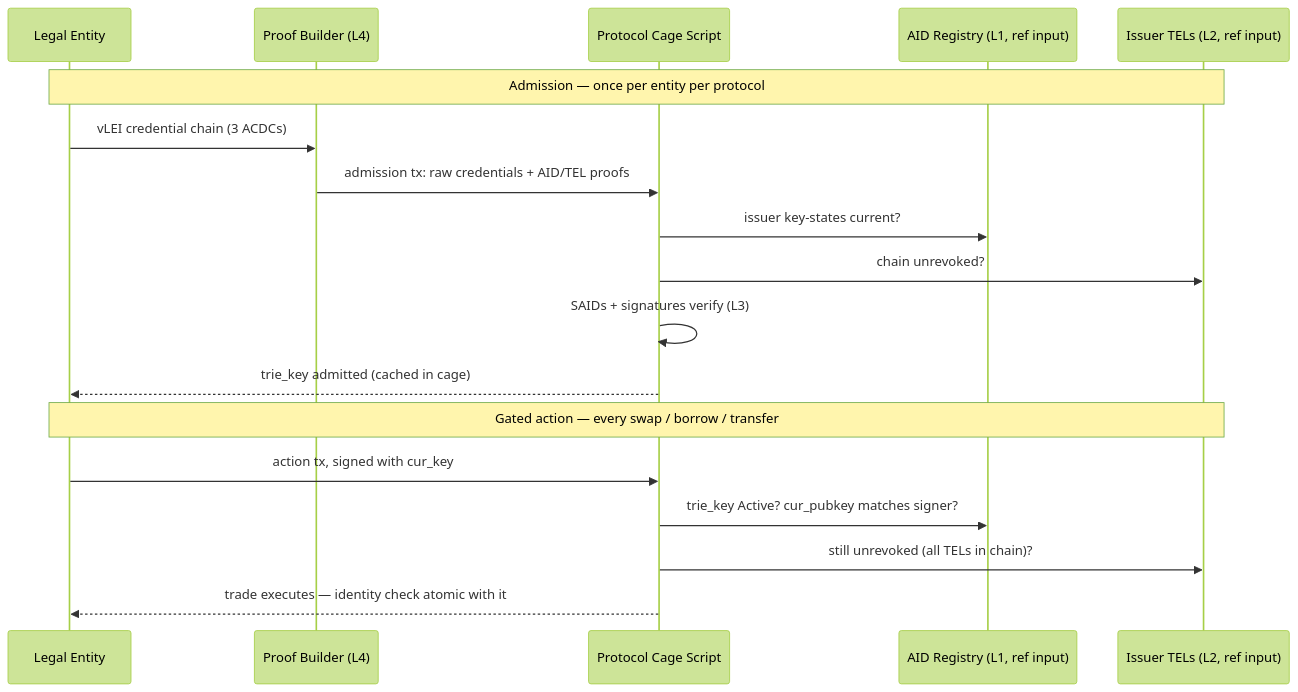
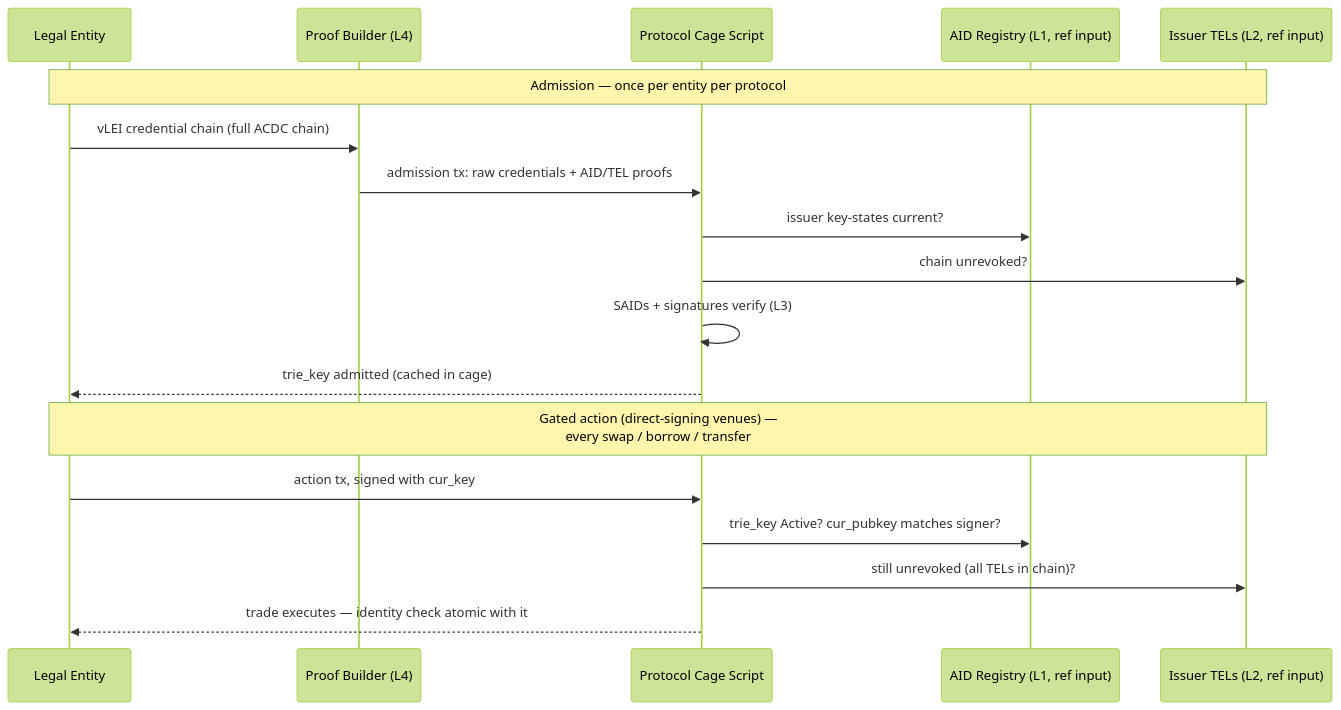
The diagram in docs/design/defi-gate.md (lambdasistemi/cardano-keri), drawn with Mermaid (forest theme) before and after one commit. The commit also changed other lines of this file and 3 other files, not shown here.

First line of the commit message:
docs: correct role-credential hop counting from vLEI schemas

````diff
--- a/docs/design/defi-gate.md
+++ b/docs/design/defi-gate.md
@@ -93,22 +101,22 @@
 ```mermaid
 sequenceDiagram
     participant LE as Legal Entity
     participant PB as Proof Builder (L4)
     participant Cage as Protocol Cage Script
     participant Reg as AID Registry (L1, ref input)
     participant TEL as Issuer TELs (L2, ref input)
 
     Note over LE,TEL: Admission — once per entity per protocol
-    LE->>PB: vLEI credential chain (3 ACDCs)
+    LE->>PB: vLEI credential chain (full ACDC chain)
     PB->>Cage: admission tx: raw credentials + AID/TEL proofs
     Cage->>Reg: issuer key-states current?
     Cage->>TEL: chain unrevoked?
     Cage->>Cage: SAIDs + signatures verify (L3)
     Cage-->>LE: trie_key admitted (cached in cage)
 
-    Note over LE,TEL: Gated action — every swap / borrow / transfer
+    Note over LE,TEL: Gated action (direct-signing venues) —<br/>every swap / borrow / transfer
     LE->>Cage: action tx, signed with cur_key
     Cage->>Reg: trie_key Active? cur_pubkey matches signer?
     Cage->>TEL: still unrevoked (all TELs in chain)?
     Cage-->>LE: trade executes — identity check atomic with it
 ```
````
